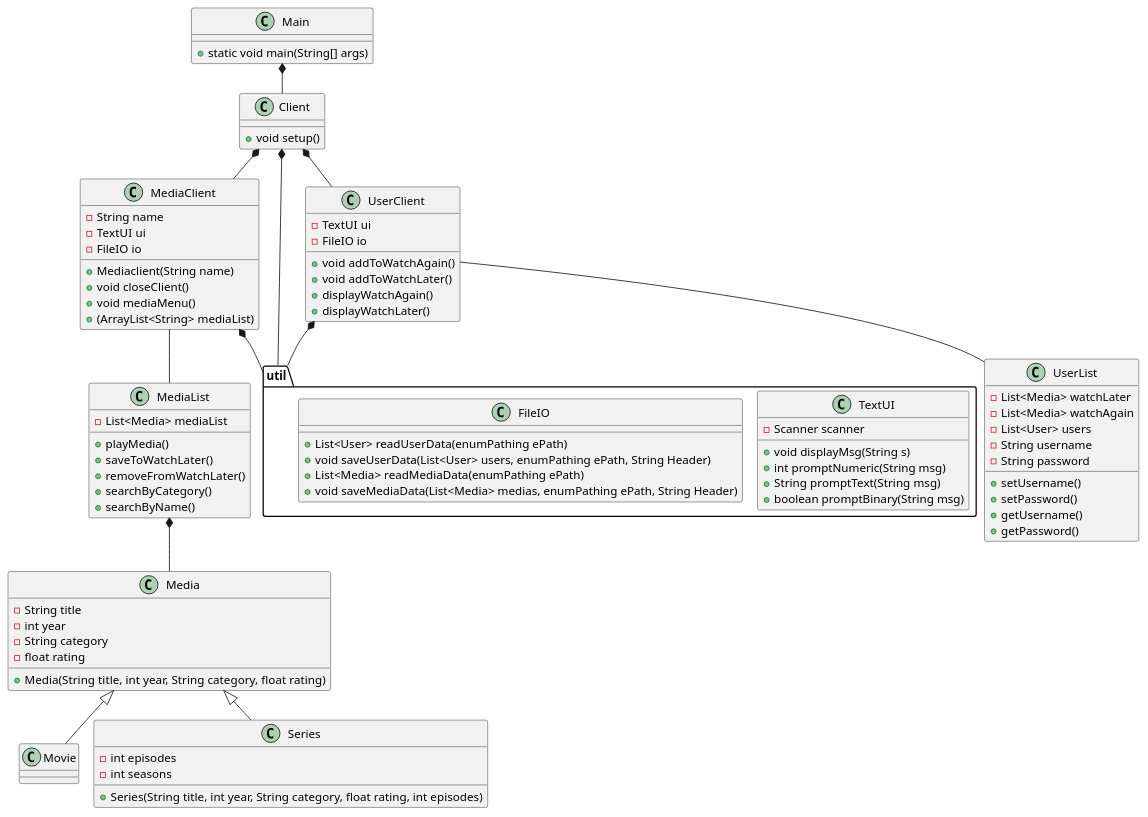
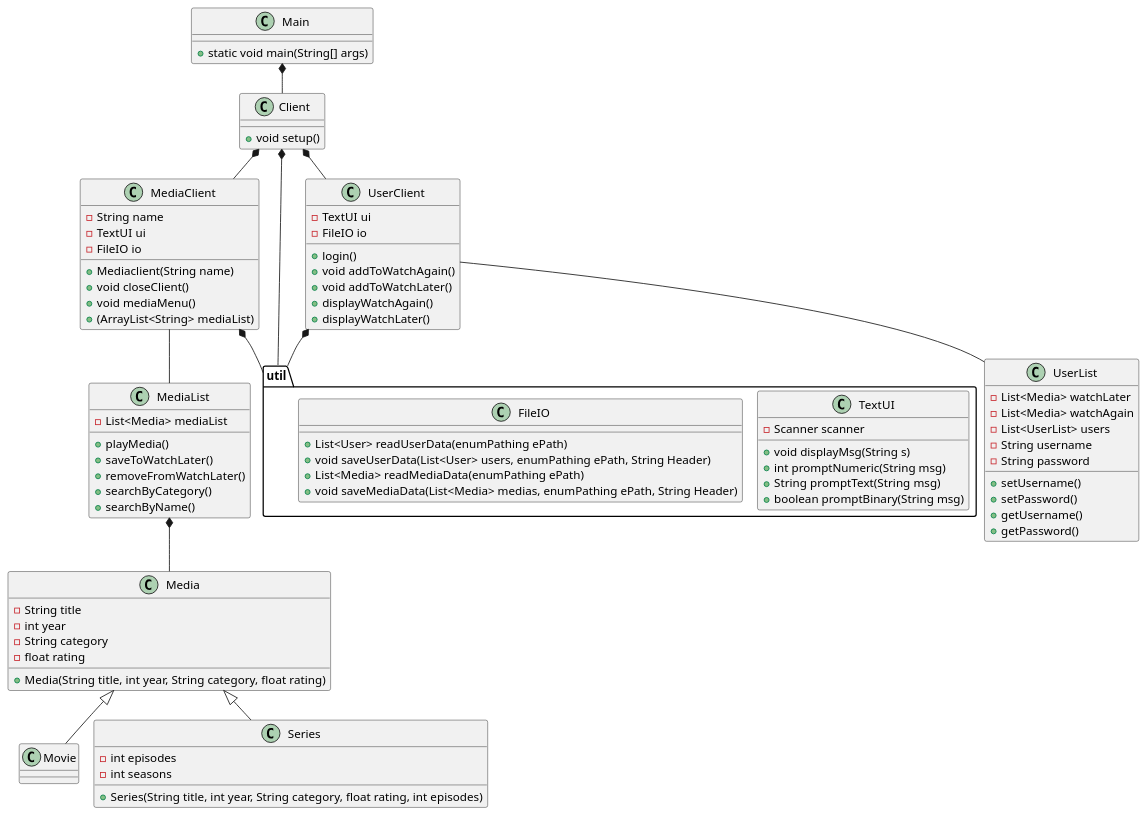
The diagram in docs/classdiagram_v0.puml (b-rino/SP3), drawn with PlantUML before and after one commit. The commit also changed 3 other files, not shown here.

```diff
--- a/docs/classdiagram_v0.puml
+++ b/docs/classdiagram_v0.puml
@@ -1,104 +1,104 @@
 @startuml
 !pragma layout smetana
 
 class Main{
 + static void main(String[] args)
 }
 
 class Client{
 +void setup()
 }
 
 class Media{
 - String title
 - int year
 - String category
 - float rating
 +Media(String title, int year, String category, float rating)
 
 }
 
 class MediaClient{
 -String name
 -TextUI ui
 -FileIO io
 +Mediaclient(String name)
 +void closeClient()
 +void mediaMenu()
 +(ArrayList<String> mediaList)
 
 }
 class MediaList{
 -List<Media> mediaList
 +playMedia()
 +saveToWatchLater()
 +removeFromWatchLater()
 +searchByCategory()
 +searchByName()
 }
 
 class UserList{
 -List<Media> watchLater
 -List<Media> watchAgain
--List<User> users
+-List<UserList> users
 -String username
 -String password
 +setUsername()
 +setPassword()
 +getUsername()
 +getPassword()
 }
 
 
 class Movie{
 }
 
 class Series{
 - int episodes
 - int seasons
 +Series(String title, int year, String category, float rating, int episodes)
 }
 
 
 class UserClient{
 -TextUI ui
 -FileIO io
-'+createUser()
-'+login() Disse to bør ske i setup
+'+createUser() en del af login
++login()
 +void addToWatchAgain()
 +void addToWatchLater()
 +displayWatchAgain()
 +displayWatchLater()
 }
 
 
 package "util" {
 class TextUI{
 - Scanner scanner
 
 +void displayMsg(String s)
 +int promptNumeric(String msg)
 +String promptText(String msg)
 +boolean promptBinary(String msg)
 }
 class FileIO{
 +List<User> readUserData(enumPathing ePath)
 +void saveUserData(List<User> users, enumPathing ePath, String Header)
 +List<Media> readMediaData(enumPathing ePath)
 +void saveMediaData(List<Media> medias, enumPathing ePath, String Header)
 }
 }
 
 MediaList *-- Media
 Media<|--Series
 Media <|-- Movie
 Client *-- MediaClient
 MediaClient *-- "util"
 MediaClient -- MediaList
 Client *-- UserClient
 UserClient -- UserList
 UserClient *--"util"
 Main *-- Client
 Client *-- "util"
 
 @enduml
```
